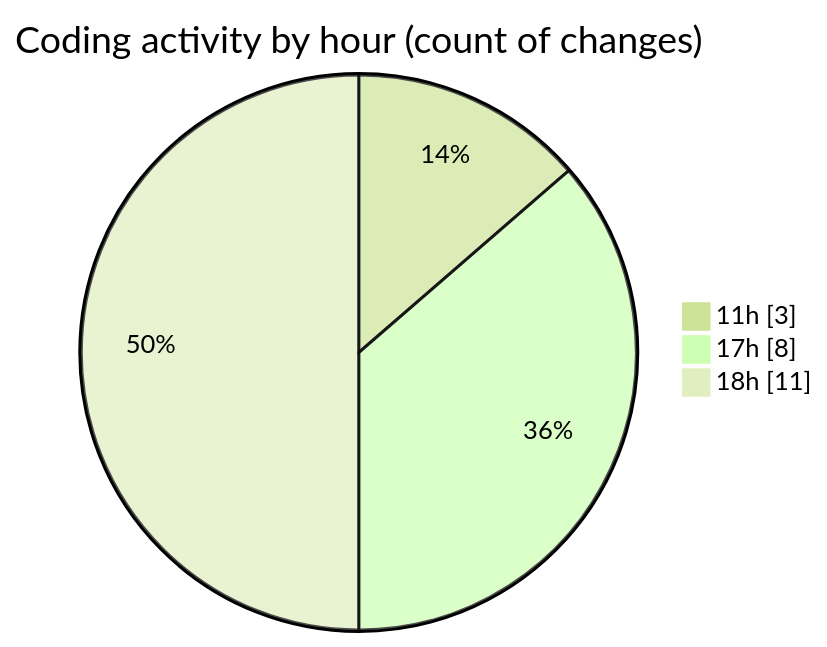
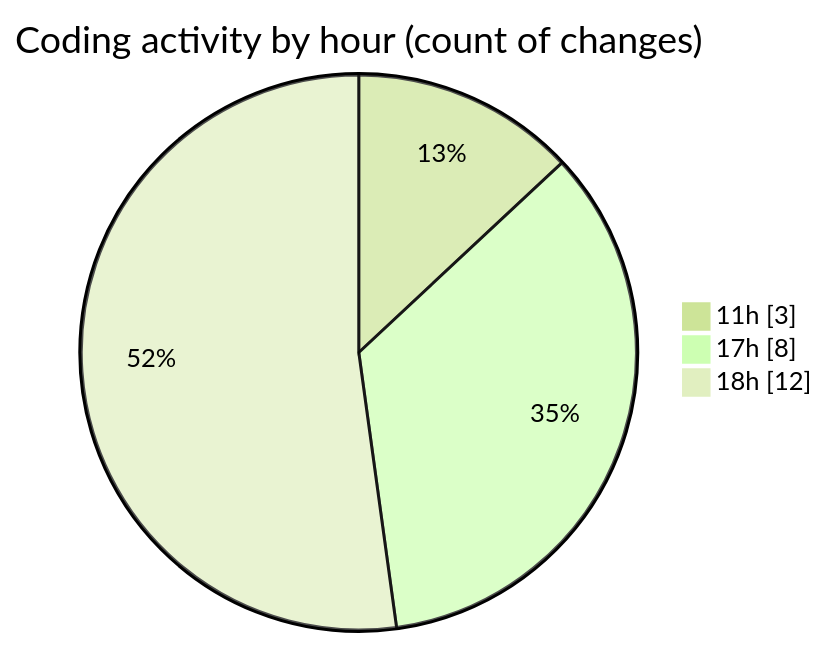
Before and after one commit to Elitesun/code-tracking: the second of 2 diagrams in 2025-02-05/react/README.md, drawn with Mermaid (forest theme). The commit also changed other lines of this file and 1 other file, not shown here.

````diff
--- a/2025-02-05/react/README.md
+++ b/2025-02-05/react/README.md
@@ -39,7 +39,7 @@
 ```mermaid
 pie showData
 title Coding activity by hour (count of changes)
 "11h" : 3
 "17h" : 8
-"18h" : 11
+"18h" : 12
 ```
````
